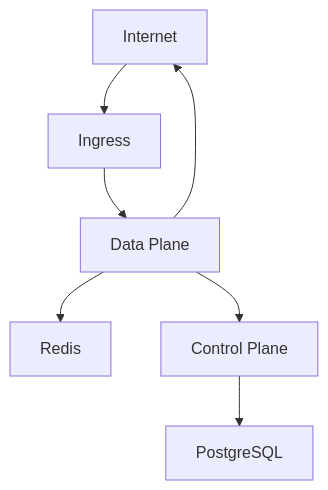
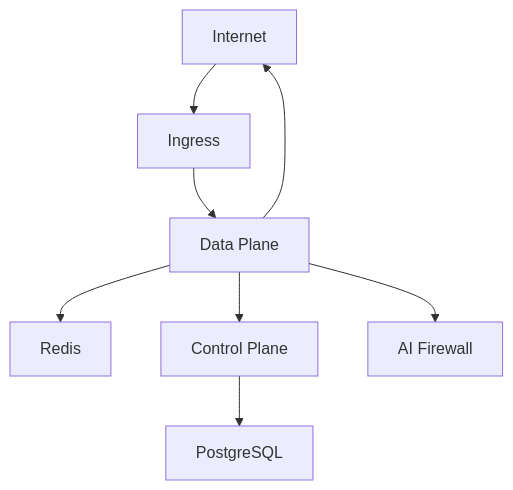
The second of 2 diagrams in README.md (NeuralTrust/trustgate-helm-charts), drawn with Mermaid before and after one commit. The commit also changed other lines of this file and 8 other files, not shown here.

````diff
--- a/README.md
+++ b/README.md
@@ -152,9 +399,10 @@
 ```mermaid
 graph TD
     Internet --> Ingress
     Ingress --> DataPlane[Data Plane]
     DataPlane --> Redis
     DataPlane --> ControlPlane[Control Plane]
     ControlPlane --> PostgreSQL
     DataPlane --> Internet
+    DataPlane --> Firewall[AI Firewall]
 ```
````
